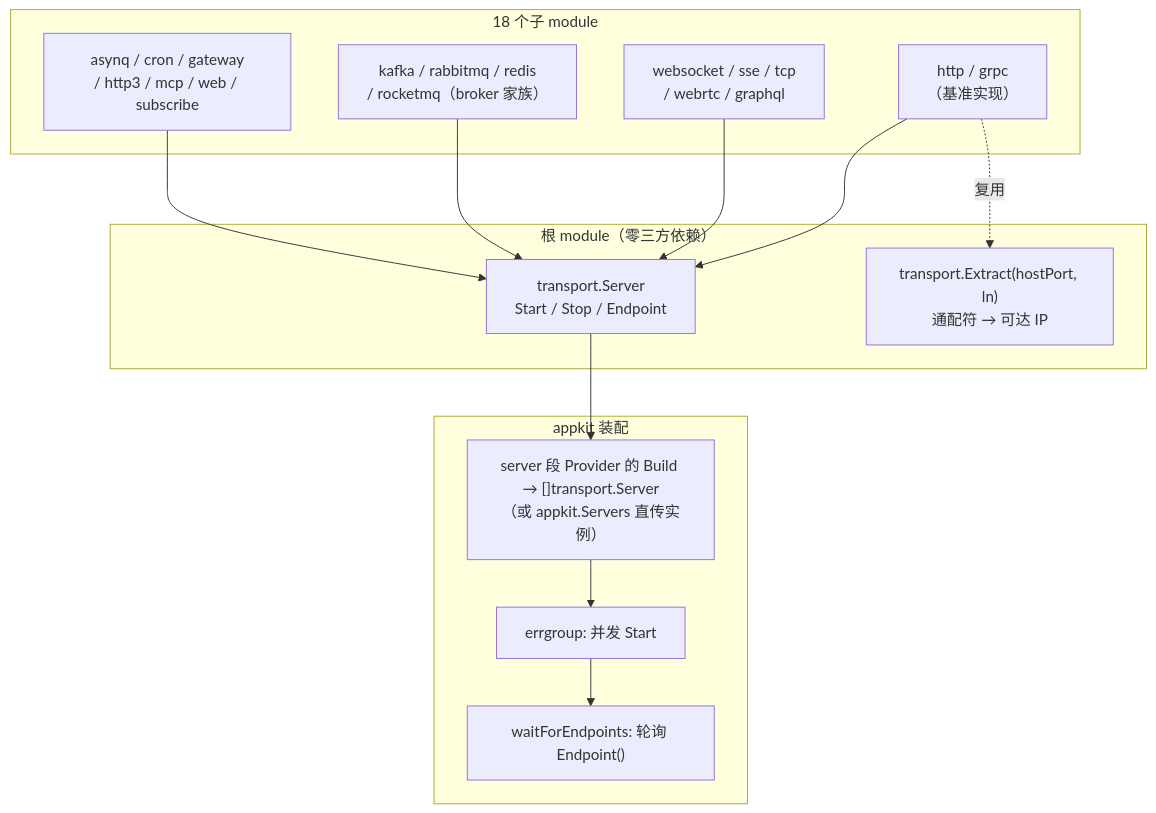
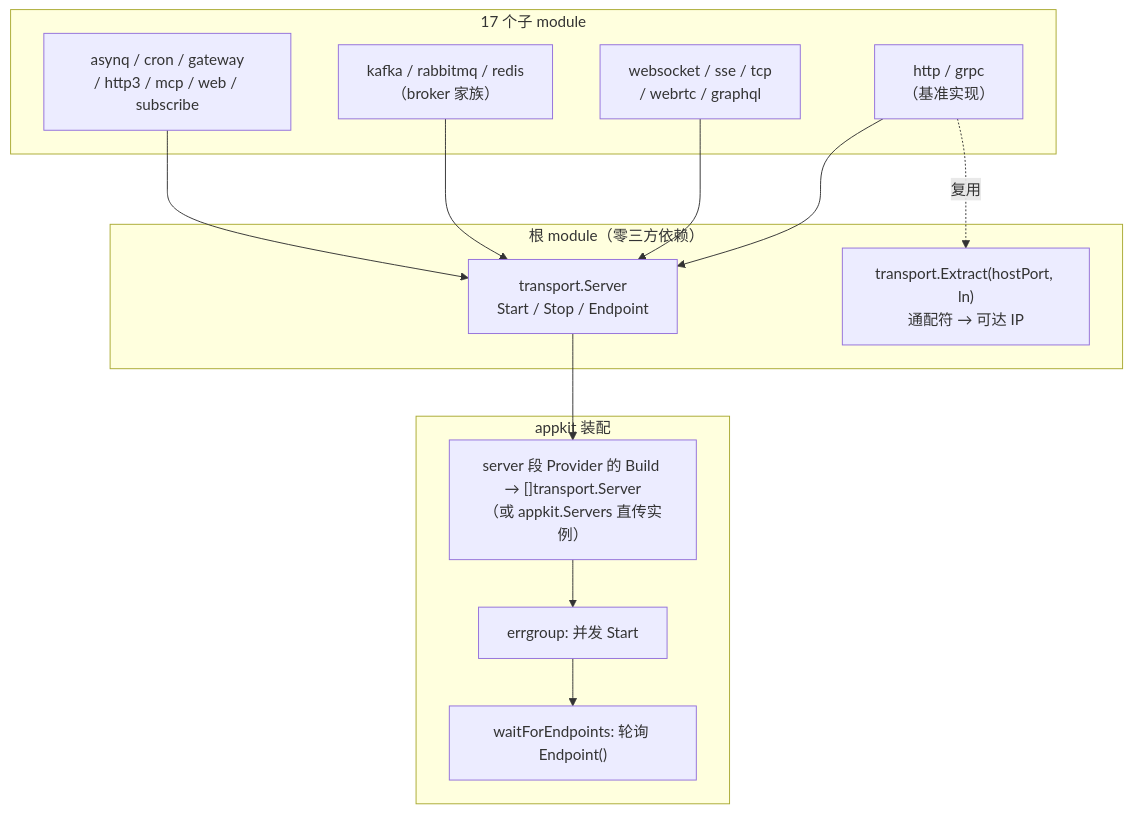
Before and after one commit to kalandramo/bald: the diagram in docs/devel/zh-CN/Bald 传输层设计.md, drawn with Mermaid. The commit also changed other lines of this file and 64 other files, not shown here.

First line of the commit message:
refactor(broker)!: 删除 rocketmq 后端（broker + transport 双 module 与双契约段）

````diff
--- a/docs/devel/zh-CN/Bald 传输层设计.md
+++ b/docs/devel/zh-CN/Bald 传输层设计.md
@@ -33,29 +33,29 @@
 ```mermaid
 flowchart TB
     subgraph contract["根 module（零三方依赖）"]
         S["transport.Server<br/>Start / Stop / Endpoint"]
         E["transport.Extract(hostPort, ln)<br/>通配符 → 可达 IP"]
     end
 
-    subgraph backends["18 个子 module"]
+    subgraph backends["17 个子 module"]
         HTTP["http / grpc<br/>（基准实现）"]
         WS["websocket / sse / tcp<br/>/ webrtc / graphql"]
-        MQ["kafka / rabbitmq / redis<br/>/ rocketmq（broker 家族）"]
+        MQ["kafka / rabbitmq / redis<br/>（broker 家族）"]
         OTHER["asynq / cron / gateway<br/>/ http3 / mcp / web / subscribe"]
     end
 
     subgraph appkit["appkit 装配"]
         B["server 段 Provider 的 Build → []transport.Server<br/>（或 appkit.Servers 直传实例）"]
         G["errgroup: 并发 Start"]
         P["waitForEndpoints: 轮询 Endpoint()"]
     end
 
     HTTP --> S
     WS --> S
     MQ --> S
     OTHER --> S
     S --> B
     B --> G
     G --> P
     HTTP -.复用.-> E
 ```
````
